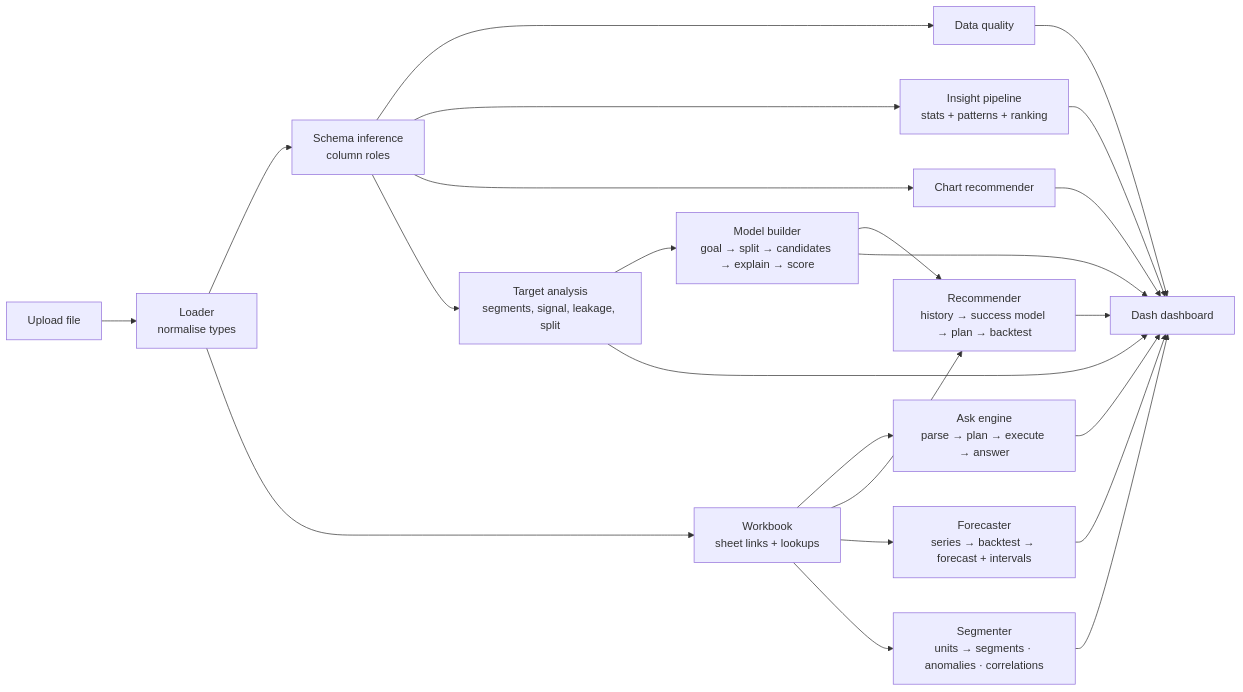
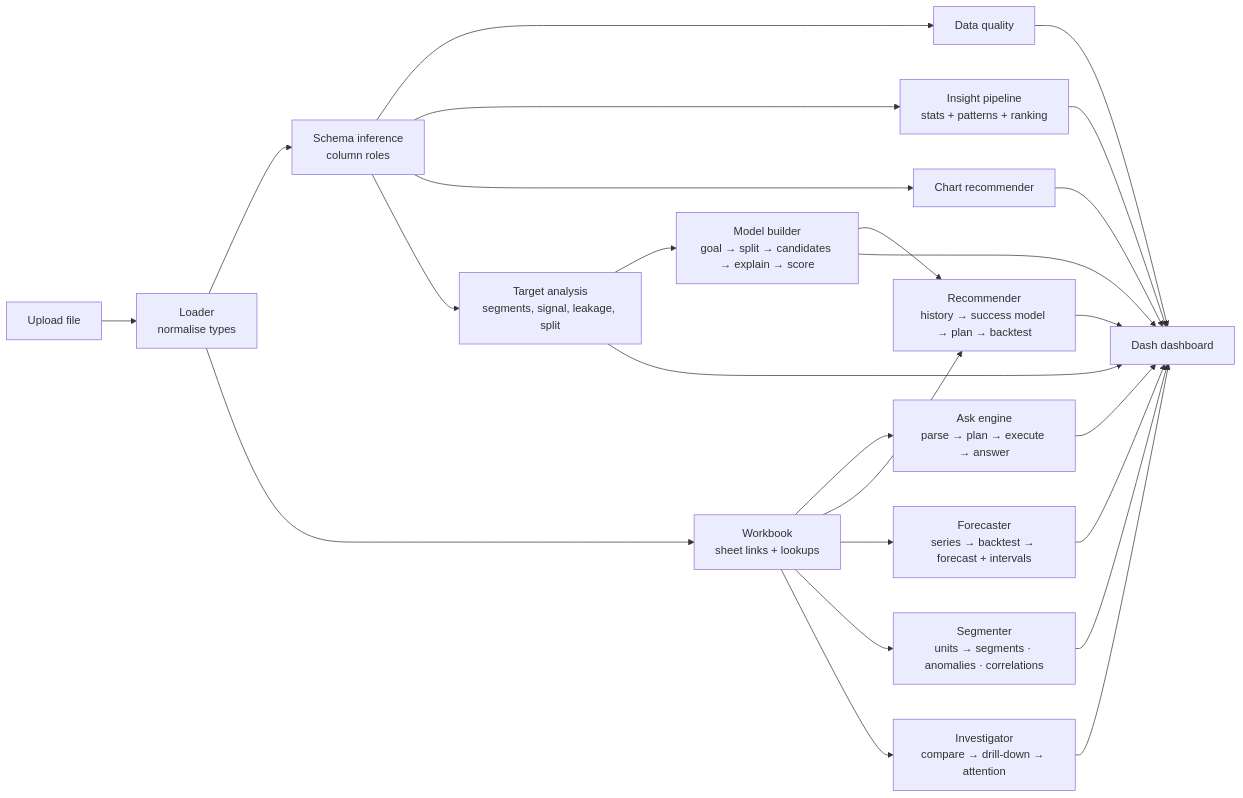
The diagram in README.md (kulkarniDurvesh/ai-data-scientist-platform), drawn with Mermaid before and after one commit. The commit also changed other lines of this file and 15 other files, not shown here.

````diff
--- a/README.md
+++ b/README.md
@@ -197,17 +215,18 @@
 ```mermaid
 flowchart LR
     A[Upload file] --> B[Loader<br/>normalise types]
     B --> C[Schema inference<br/>column roles]
     C --> D[Data quality]
     C --> E[Insight pipeline<br/>stats + patterns + ranking]
     C --> F[Chart recommender]
     B --> W[Workbook<br/>sheet links + lookups]
     W --> Q[Ask engine<br/>parse → plan → execute → answer]
     C --> T[Target analysis<br/>segments, signal, leakage, split]
     T --> M[Model builder<br/>goal → split → candidates → explain → score]
     W --> R[Recommender<br/>history → success model → plan → backtest]
     M --> R
     W --> FC[Forecaster<br/>series → backtest → forecast + intervals]
     W --> SG[Segmenter<br/>units → segments · anomalies · correlations]
-    D & E & F & Q & T & M & R & FC & SG --> UI[Dash dashboard]
+    W --> WY[Investigator<br/>compare → drill-down → attention]
+    D & E & F & Q & T & M & R & FC & SG & WY --> UI[Dash dashboard]
 ```
````
